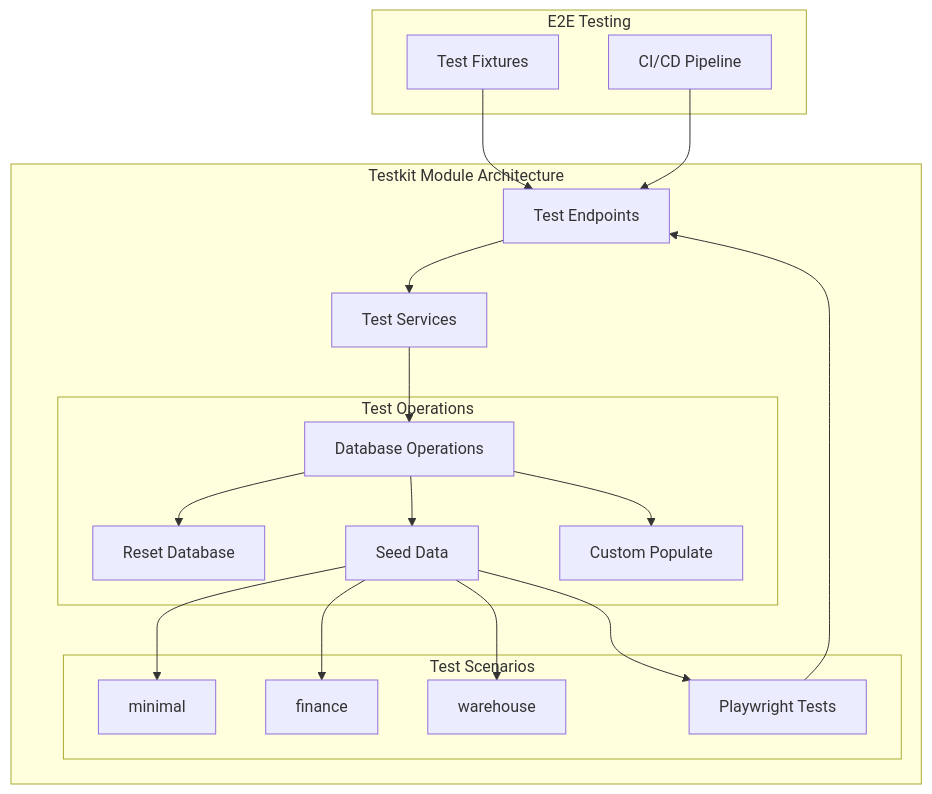
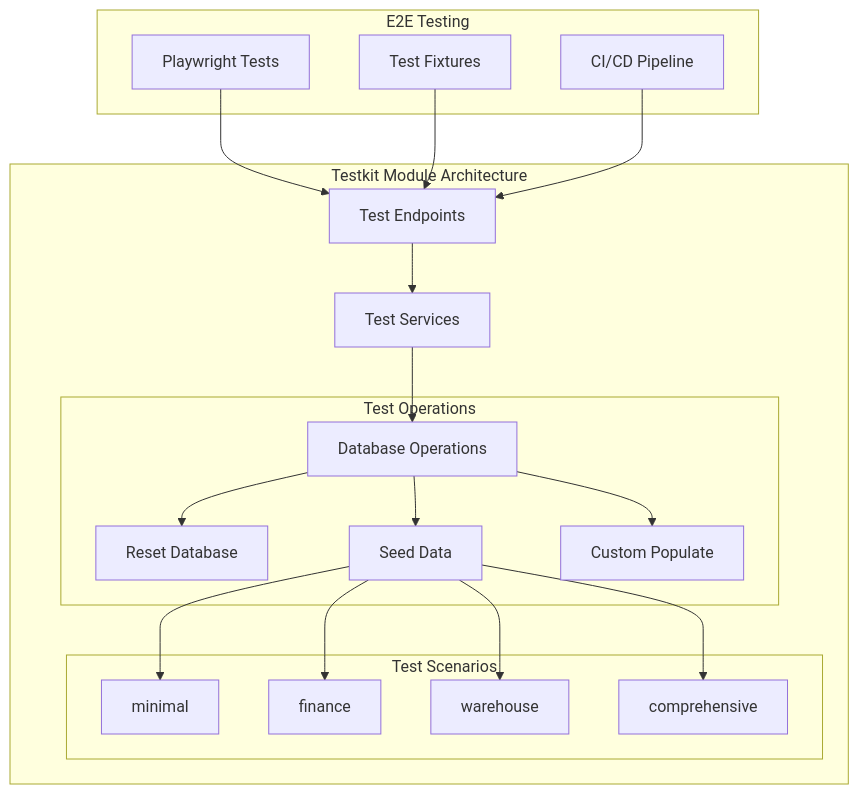
The first of 3 diagrams in docs/content/testkit/overview.mdx (iota-uz/iota-sdk), drawn with Mermaid before and after one commit. The commit also changed other lines of this file and 5 other files, not shown here.

````diff
--- a/docs/content/testkit/overview.mdx
+++ b/docs/content/testkit/overview.mdx
@@ -47,30 +47,30 @@
 ```mermaid
 graph TB
     subgraph "Testkit Module Architecture"
         A[Test Endpoints] --> B[Test Services]
         B --> C[Database Operations]
         
         subgraph "Test Operations"
             C --> D[Reset Database]
             C --> E[Seed Data]
             C --> F[Custom Populate]
         end
         
         subgraph "Test Scenarios"
             E --> G[minimal]
             E --> H[finance]
             E --> I[warehouse]
-            E --> J[comprehensive]
+            E --> J1[comprehensive]
         end
     end
     
     subgraph "E2E Testing"
-        J[Playwright Tests]
+        J2[Playwright Tests]
         K[Test Fixtures]
         L[CI/CD Pipeline]
     end
     
-    J --> A
+    J2 --> A
     K --> A
     L --> A
 ```
````
